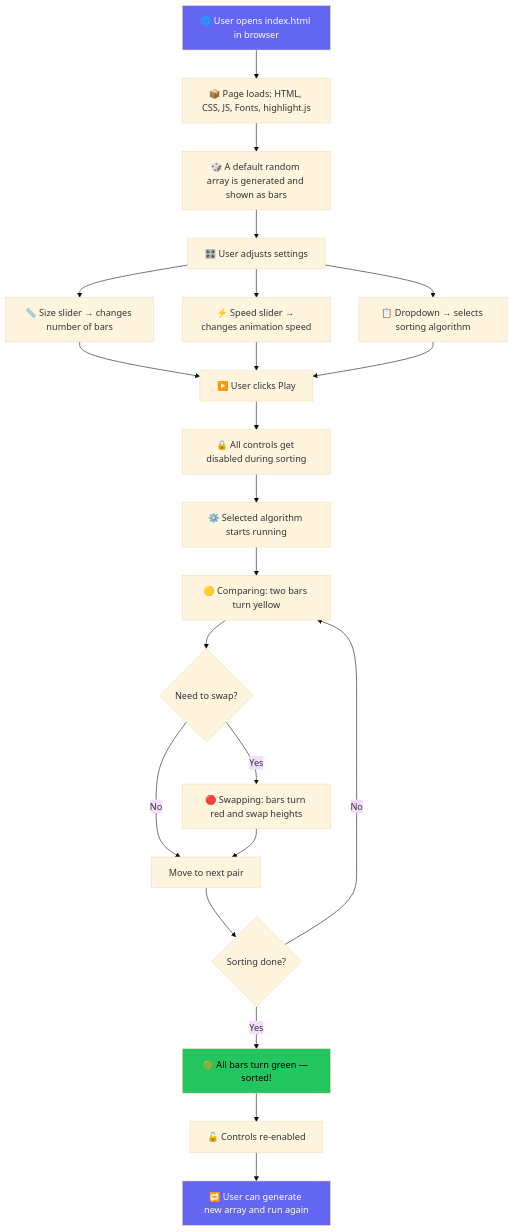
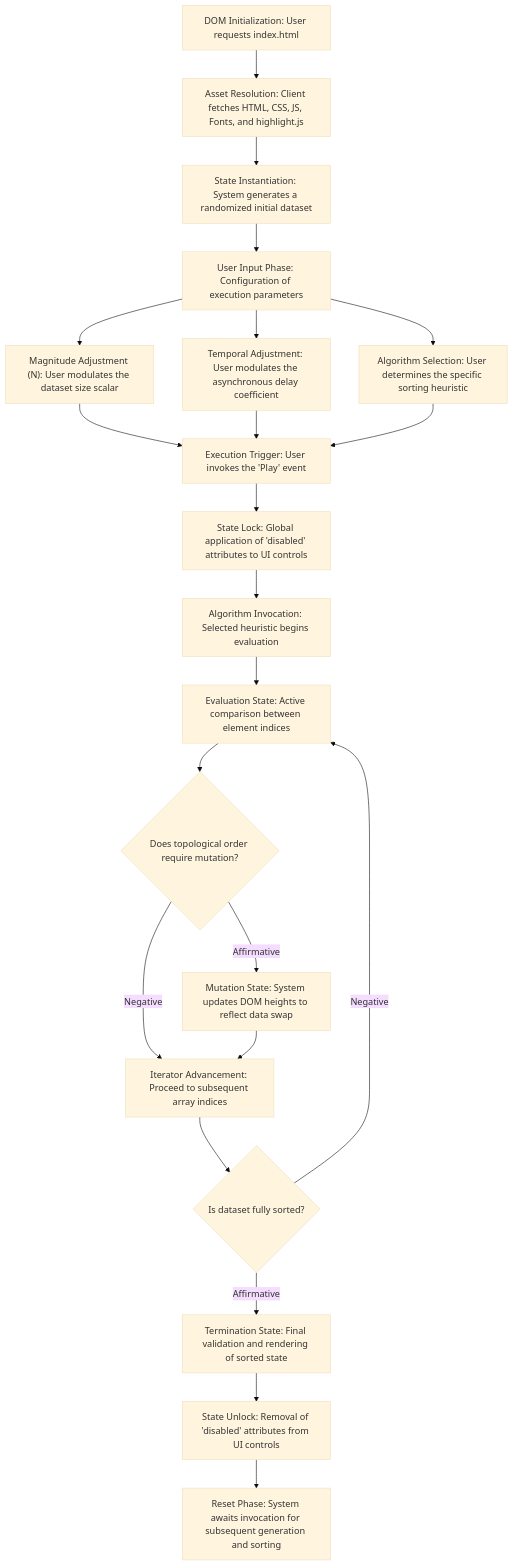
Before and after one commit to findrishu/semicolon: the diagram in 03-app-workflow.md, drawn with Mermaid (base theme). The commit also changed other lines of this file and 5 other files, not shown here.

````diff
--- a/03-app-workflow.md
+++ b/03-app-workflow.md
@@ -7,33 +9,29 @@
 ```mermaid
 flowchart TD
-    A["🌐 User opens index.html in browser"] --> B["📦 Page loads: HTML, CSS, JS, Fonts, highlight.js"]
-    B --> C["🎲 A default random array is generated and shown as bars"]
-    C --> D["🎛️ User adjusts settings"]
+    A["DOM Initialization: User requests index.html"] --> B["Asset Resolution: Client fetches HTML, CSS, JS, Fonts, and highlight.js"]
+    B --> C["State Instantiation: System generates a randomized initial dataset"]
+    C --> D["User Input Phase: Configuration of execution parameters"]
 
-    D --> D1["📏 Size slider → changes number of bars"]
-    D --> D2["⚡ Speed slider → changes animation speed"]
-    D --> D3["📋 Dropdown → selects sorting algorithm"]
+    D --> D1["Magnitude Adjustment (N): User modulates the dataset size scalar"]
+    D --> D2["Temporal Adjustment: User modulates the asynchronous delay coefficient"]
+    D --> D3["Algorithm Selection: User determines the specific sorting heuristic"]
 
-    D1 --> E["▶️ User clicks Play"]
+    D1 --> E["Execution Trigger: User invokes the 'Play' event"]
     D2 --> E
     D3 --> E
 
-    E --> F["🔒 All controls get disabled during sorting"]
-    F --> G["⚙️ Selected algorithm starts running"]
+    E --> F["State Lock: Global application of 'disabled' attributes to UI controls"]
+    F --> G["Algorithm Invocation: Selected heuristic begins evaluation"]
 
-    G --> H["🟡 Comparing: two bars turn yellow"]
-    H --> I{"Need to swap?"}
-    I -- "Yes" --> J["🔴 Swapping: bars turn red and swap heights"]
-    I -- "No" --> K["Move to next pair"]
+    G --> H["Evaluation State: Active comparison between element indices"]
+    H --> I{"Does topological order require mutation?"}
+    I -- "Affirmative" --> J["Mutation State: System updates DOM heights to reflect data swap"]
+    I -- "Negative" --> K["Iterator Advancement: Proceed to subsequent array indices"]
     J --> K
-    K --> L{"Sorting done?"}
-    L -- "No" --> H
-    L -- "Yes" --> M["🟢 All bars turn green — sorted!"]
+    K --> L{"Is dataset fully sorted?"}
+    L -- "Negative" --> H
+    L -- "Affirmative" --> M["Termination State: Final validation and rendering of sorted state"]
 
-    M --> N["🔓 Controls re-enabled"]
-    N --> O["🔁 User can generate new array and run again"]
-
-    style A fill:#6366f1,color:#fff
-    style M fill:#22c55e,color:#000
-    style O fill:#6366f1,color:#fff
+    M --> N["State Unlock: Removal of 'disabled' attributes from UI controls"]
+    N --> O["Reset Phase: System awaits invocation for subsequent generation and sorting"]
 ```
````
